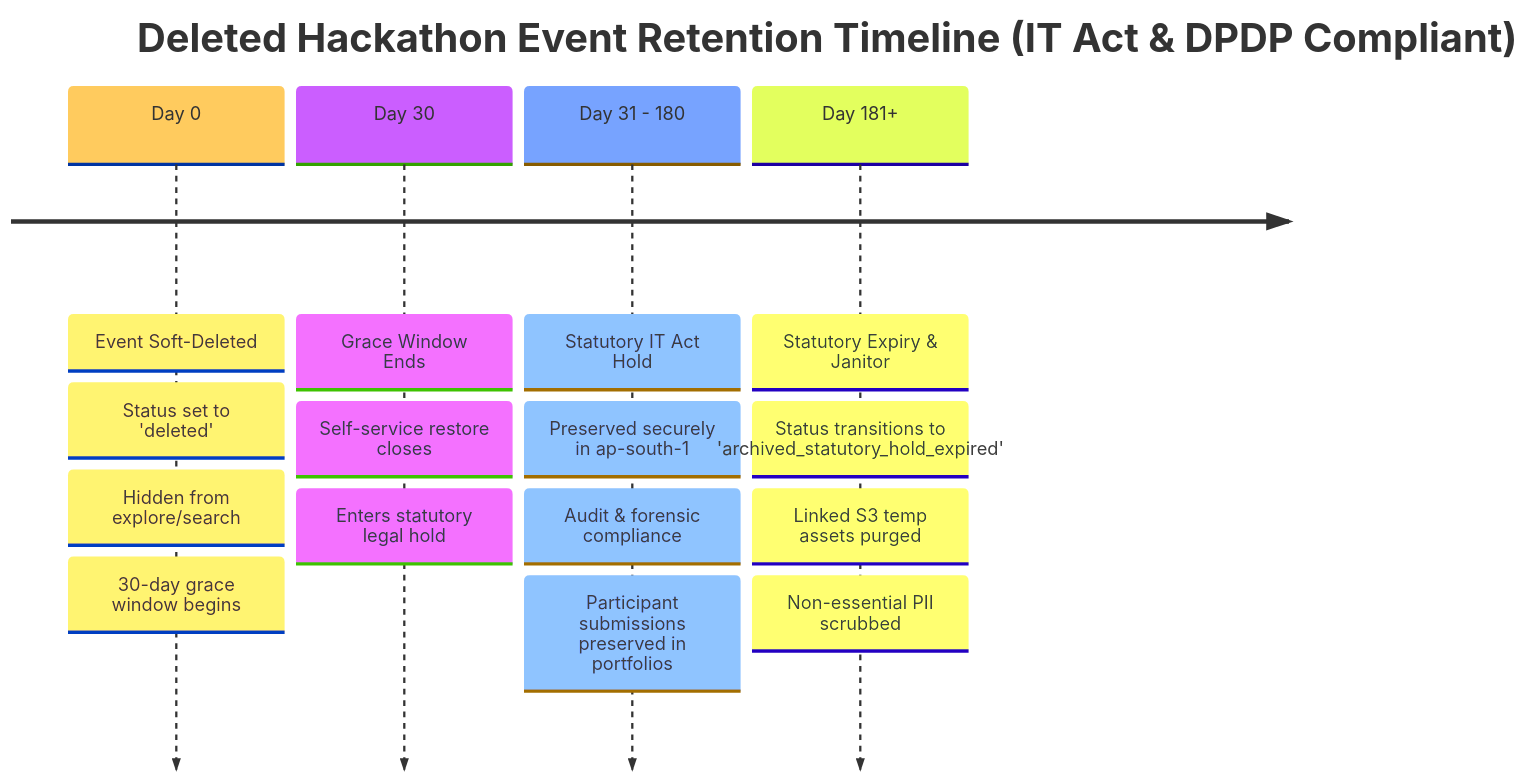
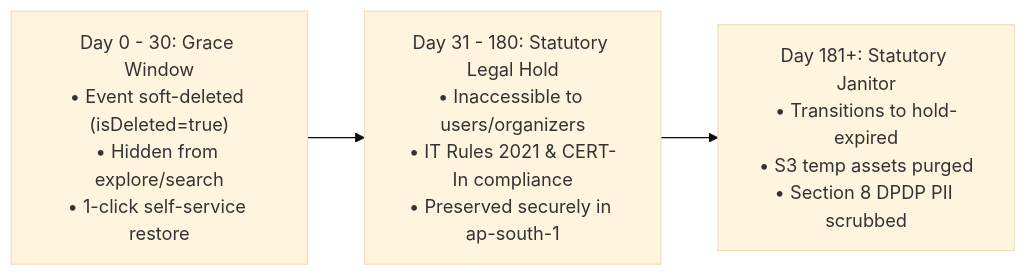
One commit to bips241/nerdshive changed the second of 2 diagrams in docs/DATA_STORAGE_AND_BACKUP_POLICY.md. Above: the diagram before and after it, drawn with Mermaid (base theme). The commit also changed other lines of this file and 35 other files, not shown here.

````diff
--- a/docs/DATA_STORAGE_AND_BACKUP_POLICY.md
+++ b/docs/DATA_STORAGE_AND_BACKUP_POLICY.md
@@ -100,8 +100,6 @@
 ```mermaid
-timeline
-    title Deleted Hackathon Event Retention Timeline (IT Act & DPDP Compliant)
-    Day 0 : Event Soft-Deleted : Status set to 'deleted' : Hidden from explore/search : 30-day grace window begins
-    Day 30 : Grace Window Ends : Self-service restore closes : Enters statutory legal hold
-    Day 31 - 180 : Statutory IT Act Hold : Preserved securely in ap-south-1 : Audit & forensic compliance : Participant submissions preserved in portfolios
-    Day 181+ : Statutory Expiry & Janitor : Status transitions to 'archived_statutory_hold_expired' : Linked S3 temp assets purged : Non-essential PII scrubbed
+flowchart LR
+    Stage1["Day 0 - 30: Grace Window\n• Event soft-deleted (isDeleted=true)\n• Hidden from explore/search\n• 1-click self-service restore"]
+    --> Stage2["Day 31 - 180: Statutory Legal Hold\n• Inaccessible to users/organizers\n• IT Rules 2021 & CERT-In compliance\n• Preserved securely in ap-south-1"]
+    --> Stage3["Day 181+: Statutory Janitor\n• Transitions to hold-expired\n• S3 temp assets purged\n• Section 8 DPDP PII scrubbed"]
 ```
````
